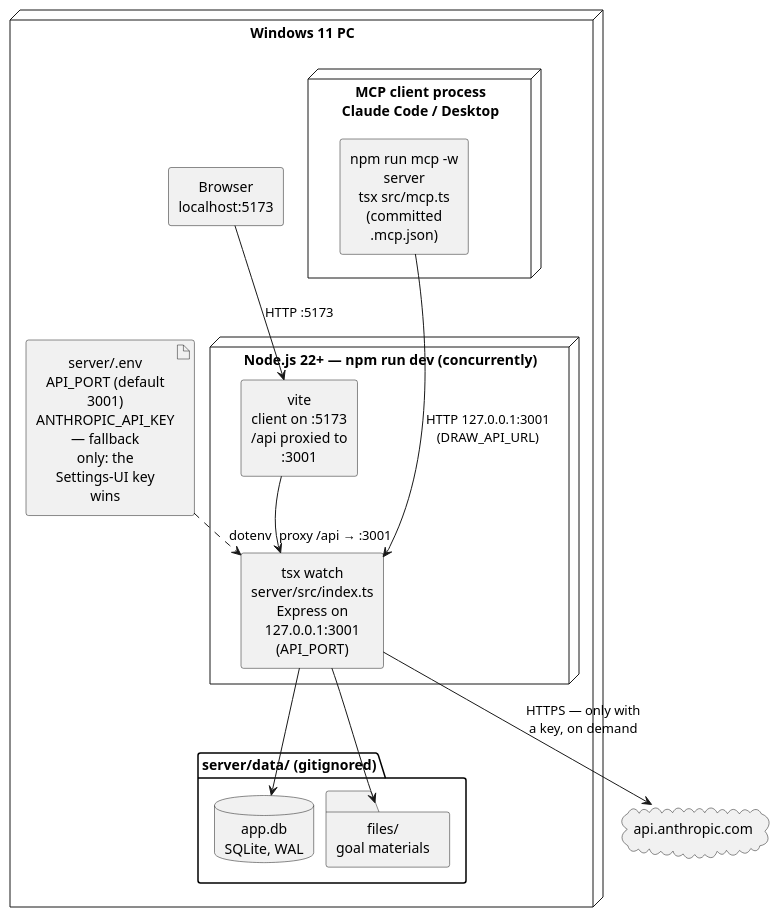
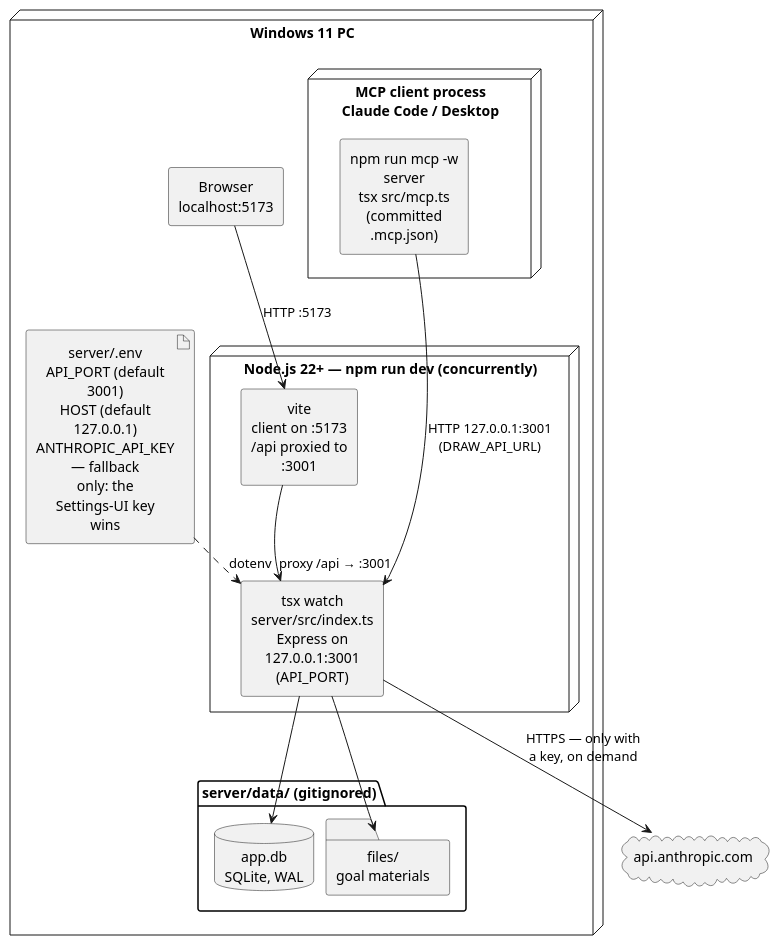
Before and after one commit to FelixGeisler/draw: the first of 2 diagrams in docs/modules/ROOT/pages/07_deployment_view.adoc, drawn with PlantUML. The commit also changed other lines of this file and 6 other files, not shown here.

```diff
--- a/docs/modules/ROOT/pages/07_deployment_view.adoc
+++ b/docs/modules/ROOT/pages/07_deployment_view.adoc
@@ -5,38 +10,38 @@
 [plantuml,deployment,svg]
 ....
 @startuml
 skinparam shadowing false
 skinparam wrapWidth 130
 skinparam defaultTextAlignment center
 skinparam componentStyle rectangle
 skinparam nodesep 12
 skinparam ranksep 18
 
 node "Windows 11 PC" as pc {
   component "Browser\nlocalhost:5173" as browser
   node "MCP client process\nClaude Code / Desktop" as mcpclient {
     component "npm run mcp -w server\ntsx src/mcp.ts\n(committed .mcp.json)" as mcpsrv
   }
   node "Node.js 22+ — npm run dev (concurrently)" as devtree {
     component "vite\nclient on :5173\n/api proxied to :3001" as vite
     component "tsx watch server/src/index.ts\nExpress on 127.0.0.1:3001\n(API_PORT)" as express
   }
   folder "server/data/ (gitignored)" as data {
     database "app.db\nSQLite, WAL" as db
     folder "files/\ngoal materials" as files
   }
-  artifact "server/.env\nAPI_PORT (default 3001)\nANTHROPIC_API_KEY — fallback\nonly: the Settings-UI key wins" as env
+  artifact "server/.env\nAPI_PORT (default 3001)\nHOST (default 127.0.0.1)\nANTHROPIC_API_KEY — fallback\nonly: the Settings-UI key wins" as env
 }
 cloud "api.anthropic.com" as claude
 
 browser --> vite : HTTP :5173
 vite --> express : proxy /api → :3001
 mcpsrv --> express : HTTP 127.0.0.1:3001\n(DRAW_API_URL)
 env ..> express : dotenv
 express --> db
 express --> files
 express --> claude : HTTPS — only with\na key, on demand
 browser -[hidden]right-> mcpclient
 db -[hidden]right-> files
 @enduml
 ....
```
